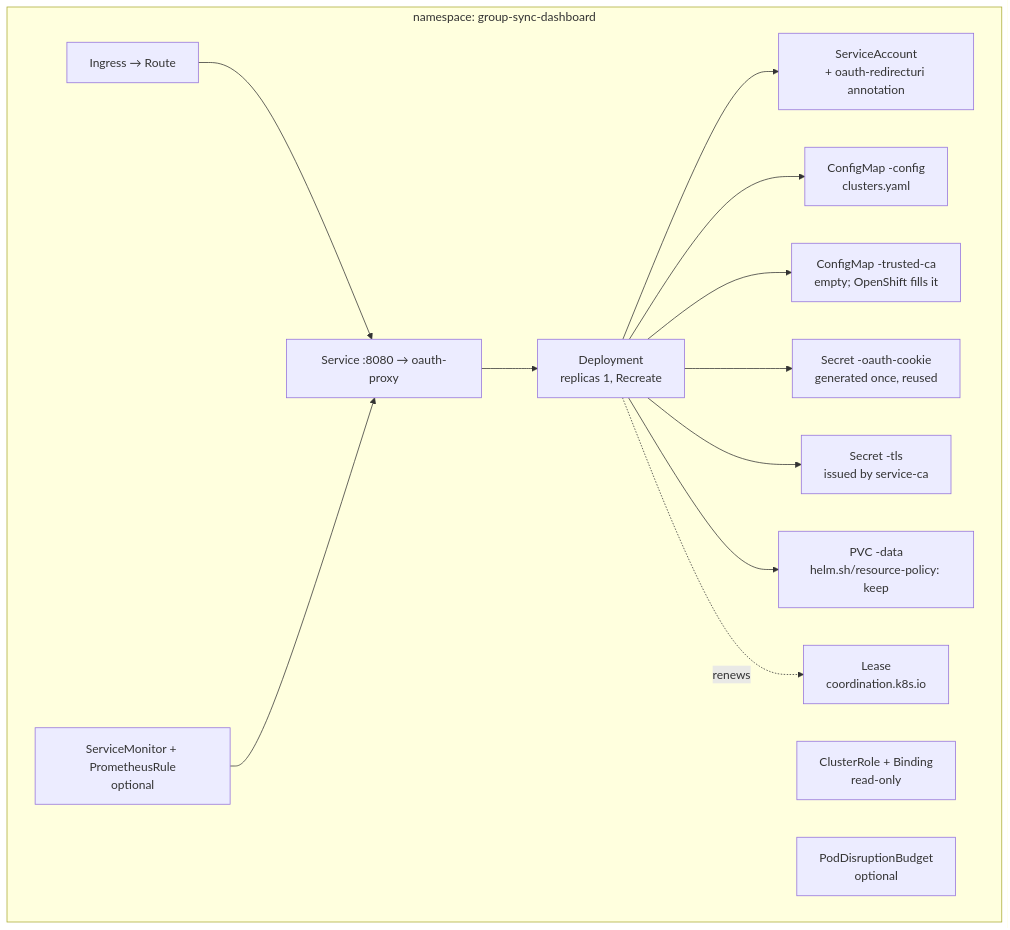
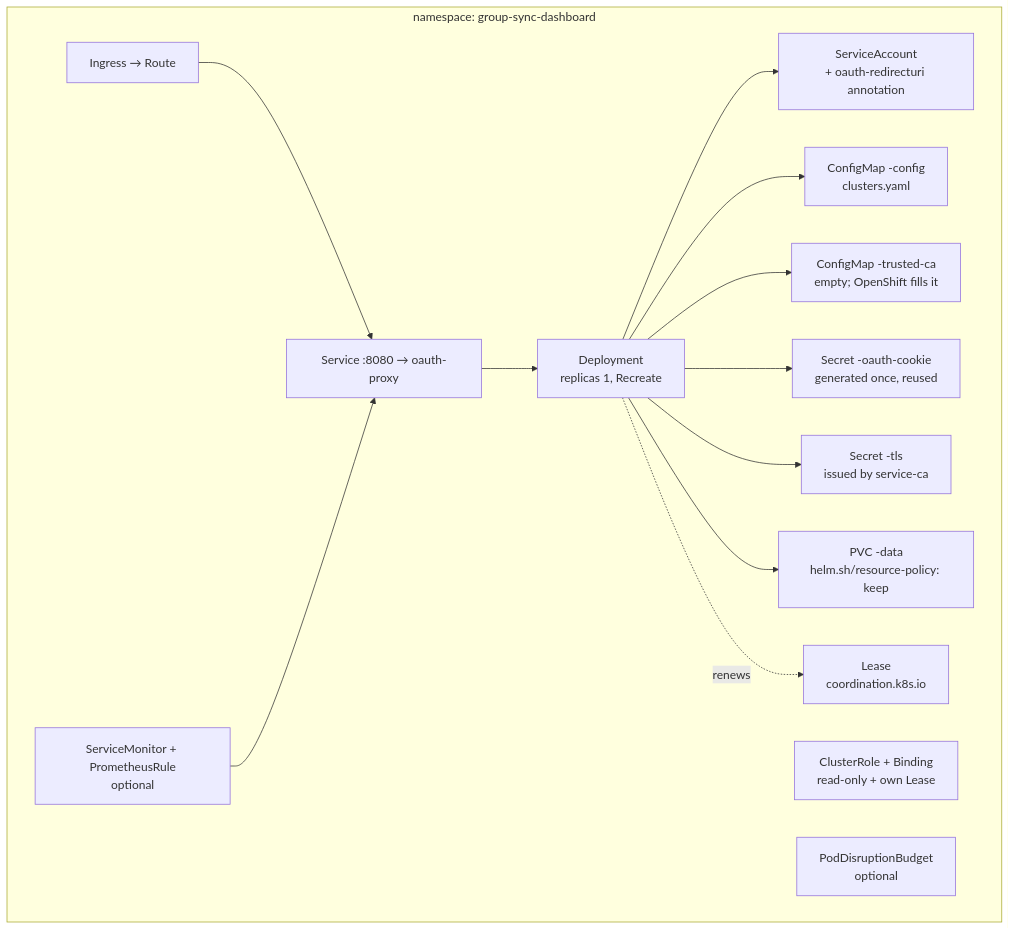
The seventh of 8 diagrams in docs/reference-architecture.md (ephico2real2/group-sync-dashboard), drawn with Mermaid before and after one commit. The commit also changed other lines of this file and 11 other files, not shown here.

````diff
--- a/docs/reference-architecture.md
+++ b/docs/reference-architecture.md
@@ -715,23 +779,23 @@
 ```mermaid
 flowchart TB
   subgraph ns["namespace: group-sync-dashboard"]
     sa["ServiceAccount<br/>+ oauth-redirecturi annotation"]
-    cr["ClusterRole + Binding<br/>read-only"]
+    cr["ClusterRole + Binding<br/>read-only + own Lease"]
     cm["ConfigMap -config<br/>clusters.yaml"]
     tca["ConfigMap -trusted-ca<br/>empty; OpenShift fills it"]
     sec["Secret -oauth-cookie<br/>generated once, reused"]
     tls["Secret -tls<br/>issued by service-ca"]
     dep["Deployment<br/>replicas 1, Recreate"]
     pvc["PVC -data<br/>helm.sh/resource-policy: keep"]
     svc["Service :8080 → oauth-proxy"]
     ing["Ingress → Route"]
     lease["Lease<br/>coordination.k8s.io"]
     pdb["PodDisruptionBudget<br/>optional"]
     sm["ServiceMonitor + PrometheusRule<br/>optional"]
   end
   dep --> cm & tca & sec & tls & pvc & sa
   svc --> dep
   ing --> svc
   sm --> svc
   dep -.->|renews| lease
 ```
````
